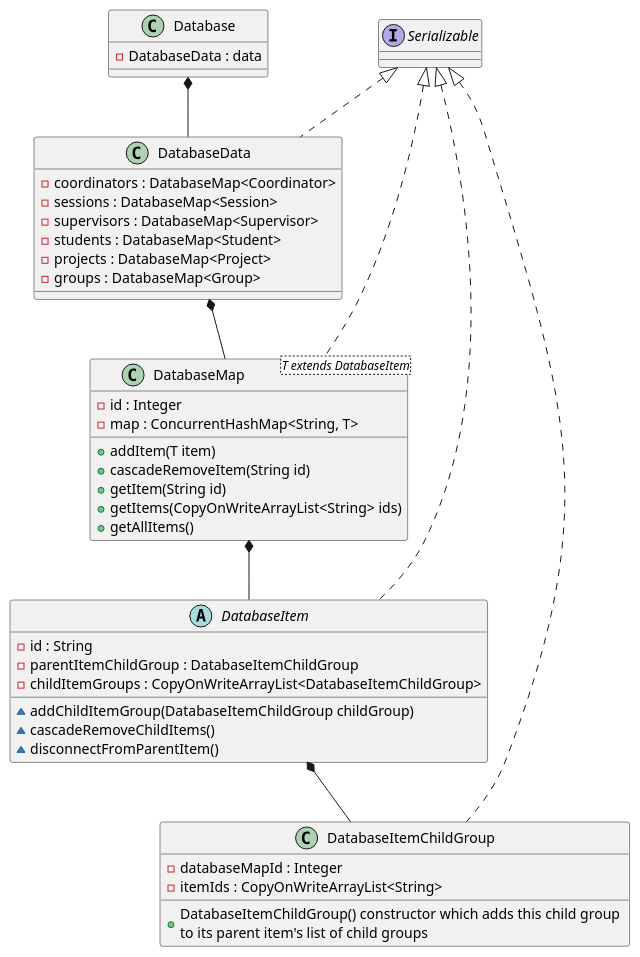
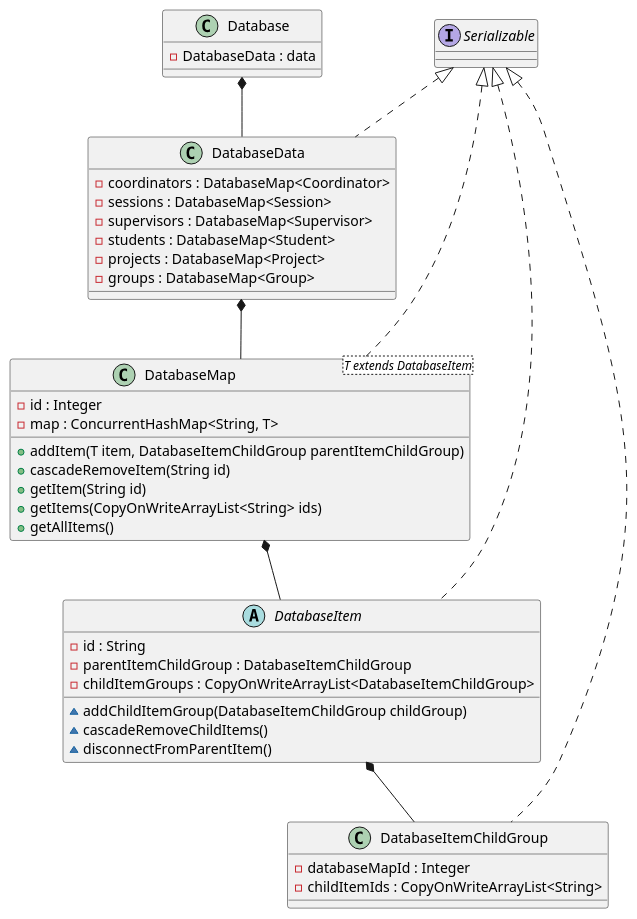
One commit to Williamjacobsen/AAU-Grouping-System changed the diagram in uml/database/database.puml. Above: the diagram before and after it, drawn with PlantUML.

```diff
--- a/uml/database/database.puml
+++ b/uml/database/database.puml
@@ -1,54 +1,53 @@
 @startuml example
 
 ' Requirements: 
 ' - The "PlantUML" VS Code extension.
 ' - Download the latest version of Graphviz (https://graphviz.org/download/)
 
 ' Tutorial: https://www.youtube.com/watch?v=EM-cvRubP4g&t=654s
 ' To render the UML, right click inside this document and press "Preview Current Diagram (ALT+D)"
 
 class Database {
 	- DatabaseData : data
 }
 
 class DatabaseData implements Serializable {
 	- coordinators : DatabaseMap<Coordinator>
 	- sessions : DatabaseMap<Session>
 	- supervisors : DatabaseMap<Supervisor>
 	- students : DatabaseMap<Student>
 	- projects : DatabaseMap<Project>
 	- groups : DatabaseMap<Group>
 }
 
 class DatabaseMap<T extends DatabaseItem> implements Serializable {
 	- id : Integer
 	- map : ConcurrentHashMap<String, T>
-	+ addItem(T item)
+	+ addItem(T item, DatabaseItemChildGroup parentItemChildGroup)
 	+ cascadeRemoveItem(String id)
 	+ getItem(String id)
 	+ getItems(CopyOnWriteArrayList<String> ids)
 	+ getAllItems()
 }
 
 abstract class DatabaseItem implements Serializable {
 	- id : String
 	- parentItemChildGroup : DatabaseItemChildGroup
 	- childItemGroups : CopyOnWriteArrayList<DatabaseItemChildGroup>
 	~ addChildItemGroup(DatabaseItemChildGroup childGroup)
 	~ cascadeRemoveChildItems()
 	~ disconnectFromParentItem()
 }
 
 class DatabaseItemChildGroup implements Serializable {
 	- databaseMapId : Integer
-	- itemIds : CopyOnWriteArrayList<String>
-	+ DatabaseItemChildGroup() constructor which adds this child group \nto its parent item's list of child groups
+	- childItemIds : CopyOnWriteArrayList<String>
 }
 
 Database *-- DatabaseData
 DatabaseData *-- DatabaseMap
 DatabaseMap *-- DatabaseItem
 DatabaseItem *-- DatabaseItemChildGroup
 
 
 @enduml
```
